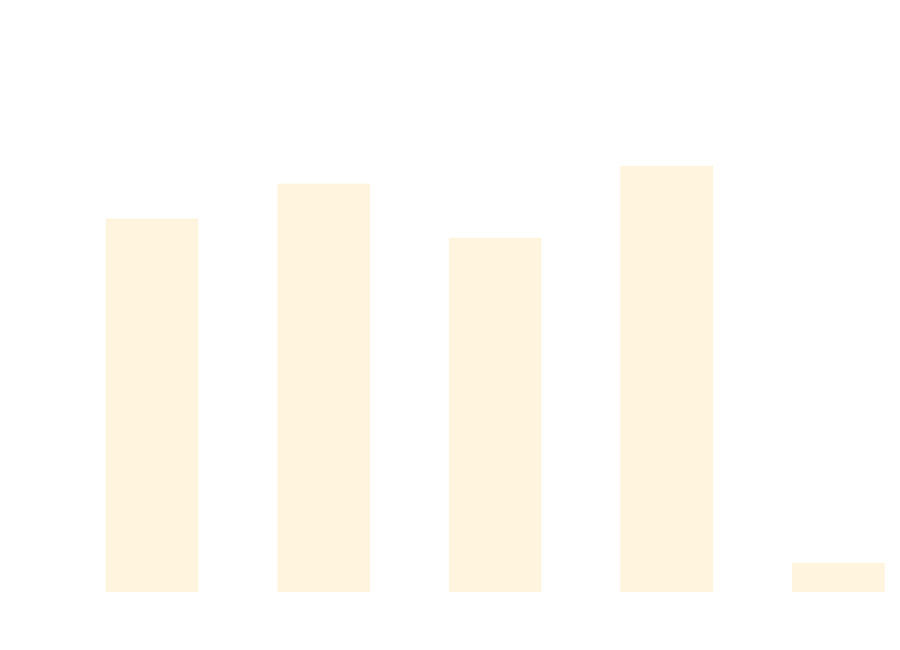
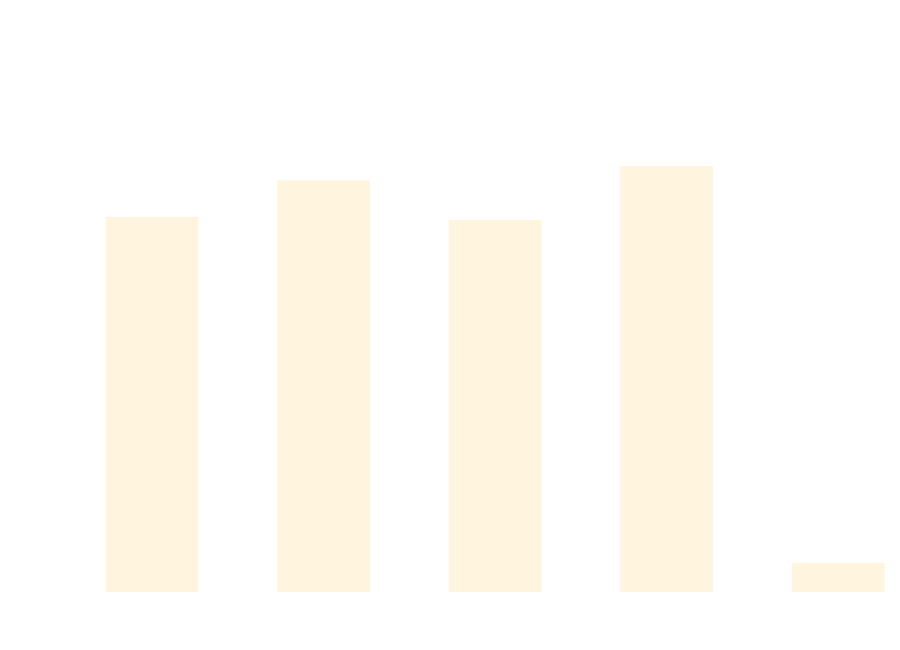
The diagram in docs/docs/benchmarks/DataDrivenTests.md (thomhurst/TUnit), drawn with Mermaid before and after one commit. The commit also changed other lines of this file and 17 other files, not shown here.

````diff
--- a/docs/docs/benchmarks/DataDrivenTests.md
+++ b/docs/docs/benchmarks/DataDrivenTests.md
@@ -27,37 +27,37 @@
 ```mermaid
 %%{init: {
   'theme':'base',
   'themeVariables': {
     'primaryColor': '#2563eb',
     'primaryTextColor': '#ffffff',
     'primaryBorderColor': '#1e40af',
     'lineColor': '#6b7280',
     'secondaryColor': '#7c3aed',
     'tertiaryColor': '#dc2626',
     'background': '#ffffff',
     'mainBkg': '#2563eb',
     'secondBkg': '#7c3aed',
     'tertiaryBkg': '#dc2626',
     'clusterBkg': '#f3f4f6',
     'edgeLabelBackground': '#ffffff',
     'tertiaryTextColor': '#1f2937',
     'pie1': '#2563eb',
     'pie2': '#7c3aed',
     'pie3': '#dc2626',
     'pie4': '#f59e0b',
     'pie5': '#10b981',
     'pie6': '#06b6d4',
     'pie7': '#ec4899',
     'pie8': '#6366f1',
     'pie9': '#84cc16',
     'pie10': '#f97316',
     'pie11': '#14b8a6',
     'pie12': '#a855f7'
   }
 }}%%
 xychart-beta
   title "DataDrivenTests Performance Comparison"
   x-axis ["TUnit", "NUnit", "MSTest", "xUnit3", "TUnit_AOT"]
-  y-axis "Time (ms)" 0 --> 694
-  bar [504.38, 553.02, 477.55, 577.97, 24.16]
+  y-axis "Time (ms)" 0 --> 677
+  bar [494.22, 544.09, 490.38, 563.6, 23.68]
 ```
````
